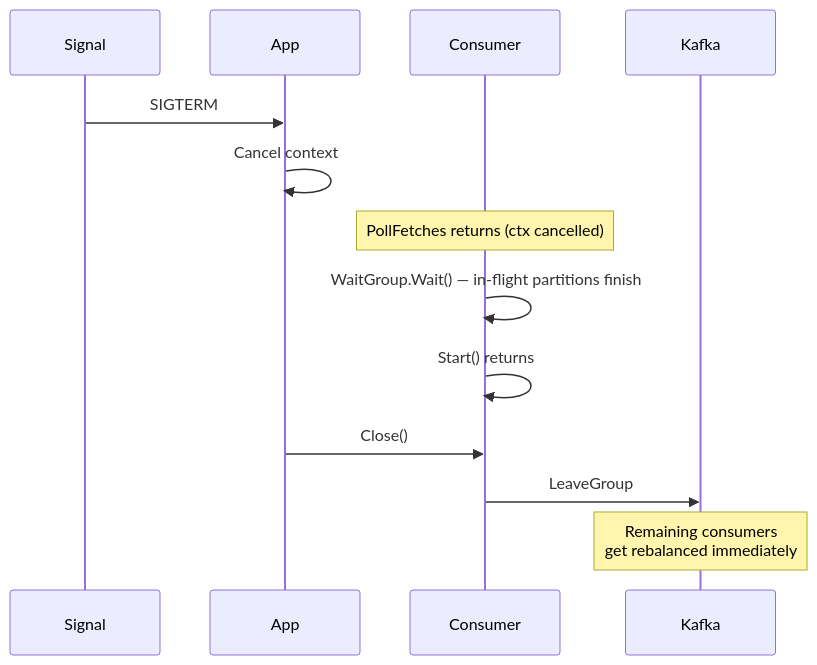
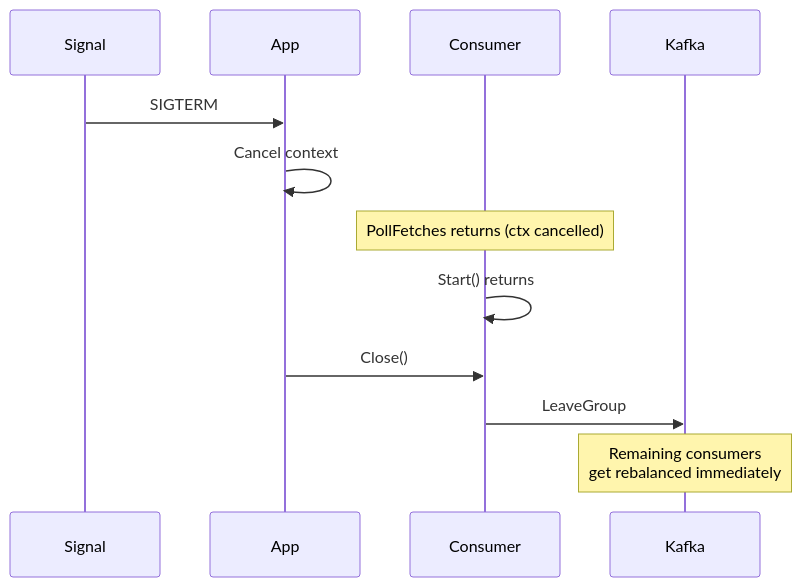
Before and after one commit to matmazurk/oidc-keepie: the fifth of 10 diagrams in kafka/README.md, drawn with Mermaid. The commit also changed other lines of this file, not shown here.

````diff
--- a/kafka/README.md
+++ b/kafka/README.md
@@ -180,16 +155,15 @@
 ```mermaid
 sequenceDiagram
     participant Signal
     participant App
     participant Consumer
     participant Kafka
 
     Signal->>App: SIGTERM
     App->>App: Cancel context
     Note over Consumer: PollFetches returns (ctx cancelled)
-    Consumer->>Consumer: WaitGroup.Wait() — in-flight partitions finish
     Consumer->>Consumer: Start() returns
     App->>Consumer: Close()
     Consumer->>Kafka: LeaveGroup
     Note over Kafka: Remaining consumers<br/>get rebalanced immediately
 ```
````
